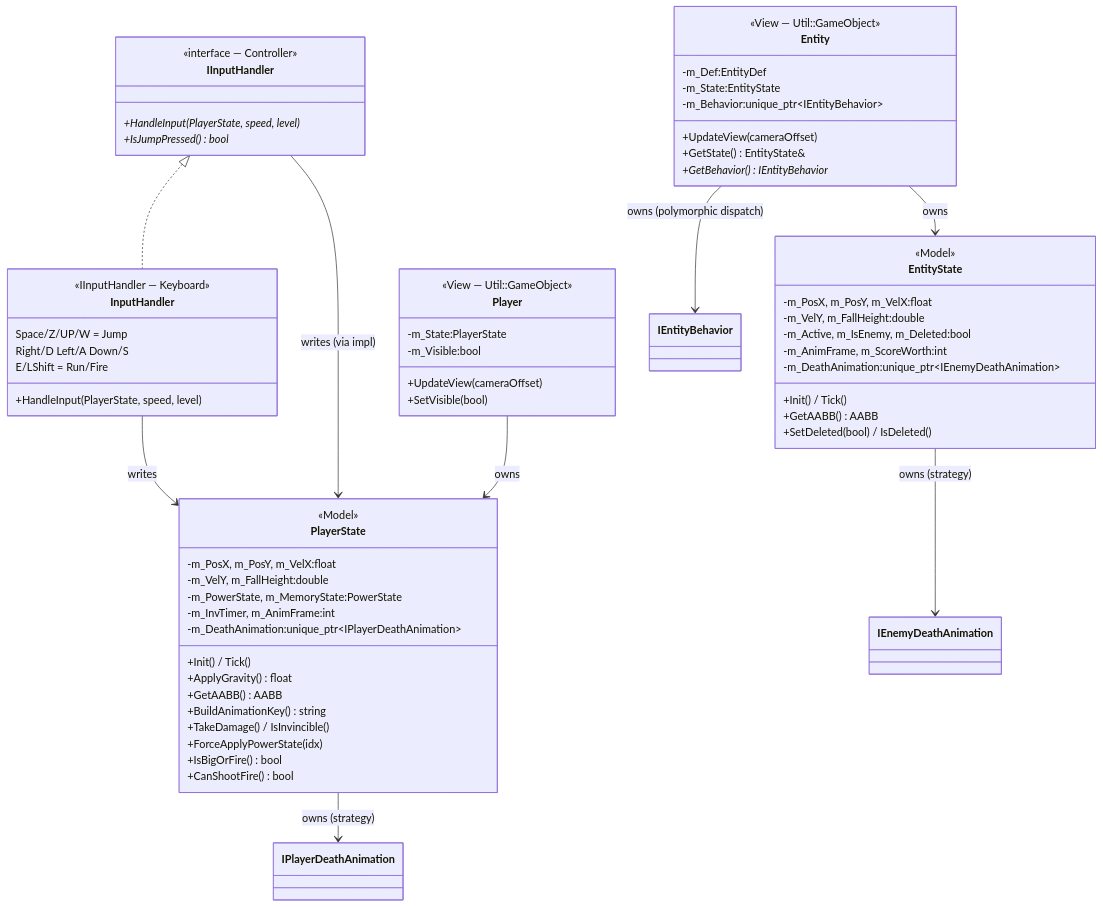
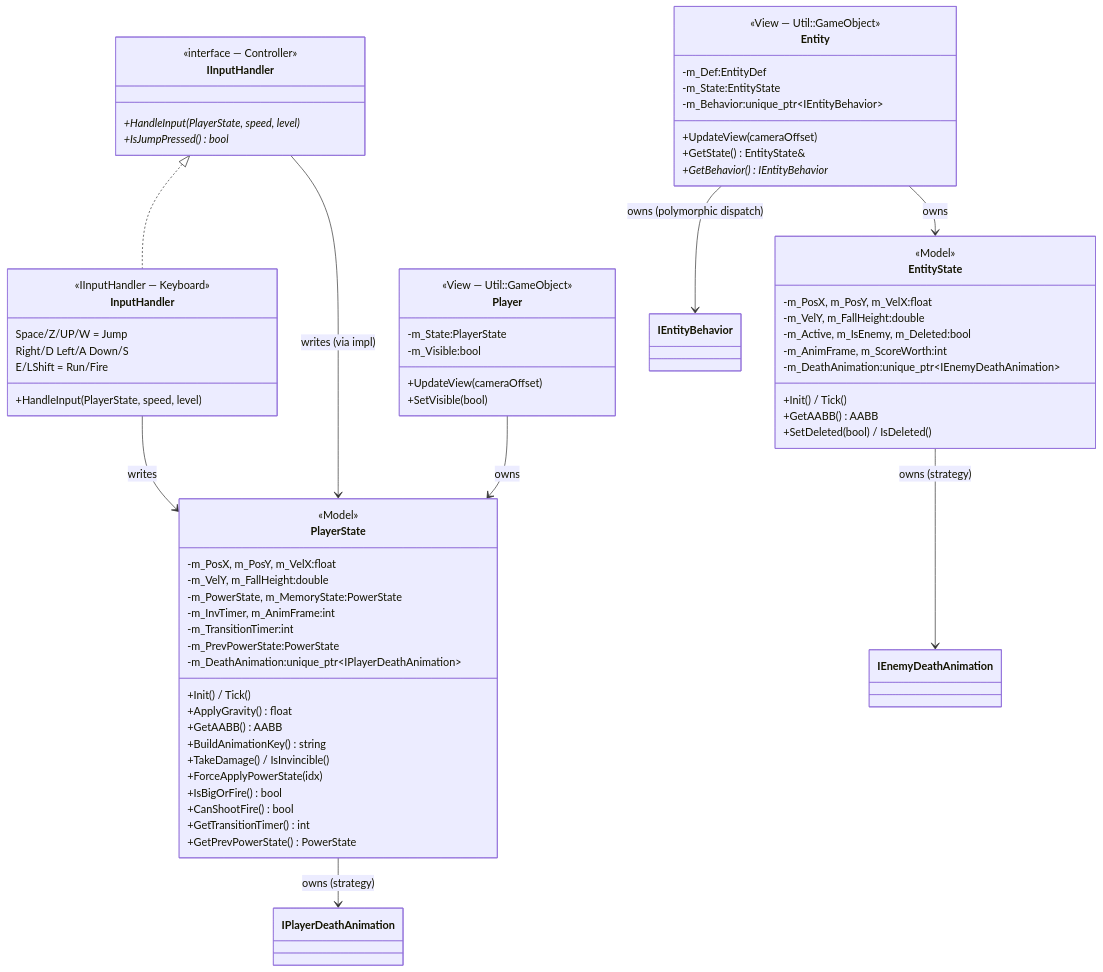
One commit to Andy87877/NTUT_OOPL_mario changed the ninth of 15 diagrams in Constructure.md. Above: the diagram before and after it, drawn with Mermaid. The commit also changed other lines of this file and 58 other files, not shown here.

````diff
--- a/Constructure.md
+++ b/Constructure.md
@@ -539,76 +602,80 @@
 ```mermaid
 classDiagram
     direction TB
 
     class PlayerState {
         <<Model>>
         -m_PosX, m_PosY, m_VelX:float
         -m_VelY, m_FallHeight:double
         -m_PowerState, m_MemoryState:PowerState
         -m_InvTimer, m_AnimFrame:int
+        -m_TransitionTimer:int
+        -m_PrevPowerState:PowerState
         -m_DeathAnimation:unique_ptr~IPlayerDeathAnimation~
         +Init() / Tick()
         +ApplyGravity() float
         +GetAABB() AABB
         +BuildAnimationKey() string
         +TakeDamage() / IsInvincible()
         +ForceApplyPowerState(idx)
         +IsBigOrFire() bool
         +CanShootFire() bool
+        +GetTransitionTimer() int
+        +GetPrevPowerState() PowerState
     }
 
     class Player {
         <<View — Util::GameObject>>
         -m_State:PlayerState
         -m_Visible:bool
         +UpdateView(cameraOffset)
         +SetVisible(bool)
     }
 
     class IInputHandler {
         <<interface — Controller>>
         +HandleInput(PlayerState, speed, level)*
         +IsJumpPressed() bool*
     }
 
     class InputHandler {
         <<IInputHandler — Keyboard>>
         Space/Z/UP/W = Jump
         Right/D Left/A Down/S
         E/LShift = Run/Fire
         +HandleInput(PlayerState, speed, level)
     }
 
     IInputHandler <|.. InputHandler
 
     class EntityState {
         <<Model>>
         -m_PosX, m_PosY, m_VelX:float
         -m_VelY, m_FallHeight:double
         -m_Active, m_IsEnemy, m_Deleted:bool
         -m_AnimFrame, m_ScoreWorth:int
         -m_DeathAnimation:unique_ptr~IEnemyDeathAnimation~
         +Init() / Tick()
         +GetAABB() AABB
         +SetDeleted(bool) / IsDeleted()
     }
 
     class Entity {
         <<View — Util::GameObject>>
         -m_Def:EntityDef
         -m_State:EntityState
         -m_Behavior:unique_ptr~IEntityBehavior~
         +UpdateView(cameraOffset)
         +GetState() EntityState&
         +GetBehavior() IEntityBehavior*
     }
 
     InputHandler --> PlayerState : writes
     IInputHandler --> PlayerState : writes (via impl)
     Player --> PlayerState : owns
     PlayerState --> IPlayerDeathAnimation : owns (strategy)
 
     Entity --> EntityState : owns
     EntityState --> IEnemyDeathAnimation : owns (strategy)
     Entity --> IEntityBehavior : owns (polymorphic dispatch)
 ```
````
